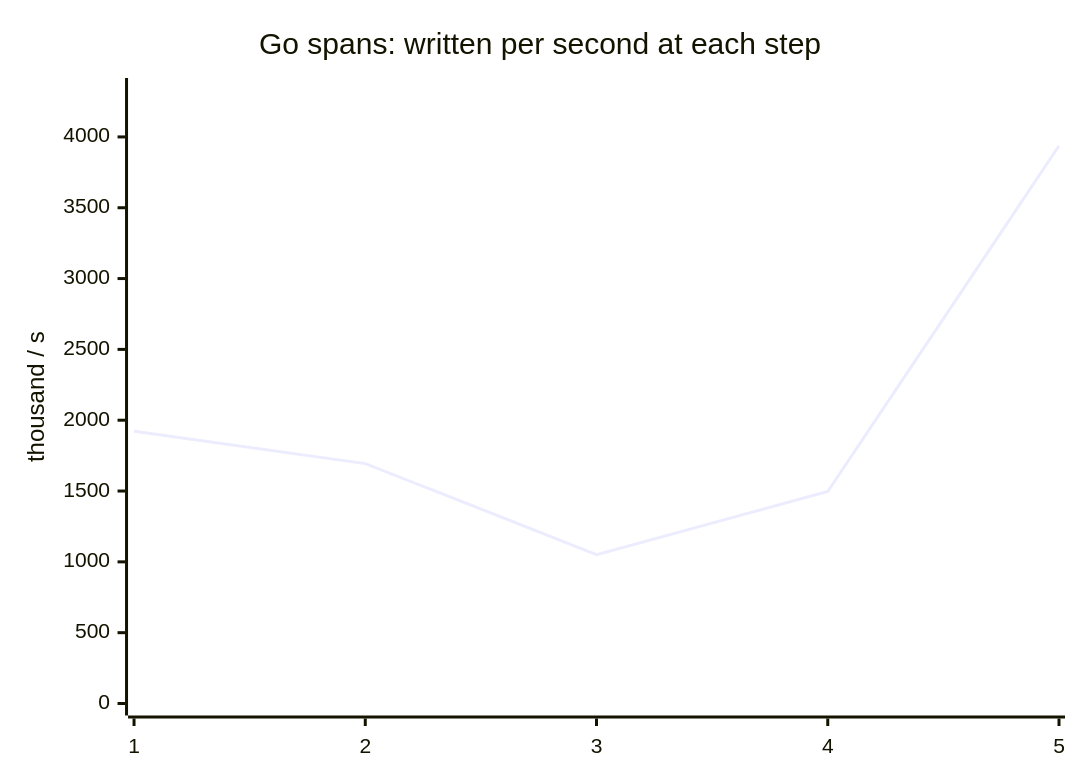
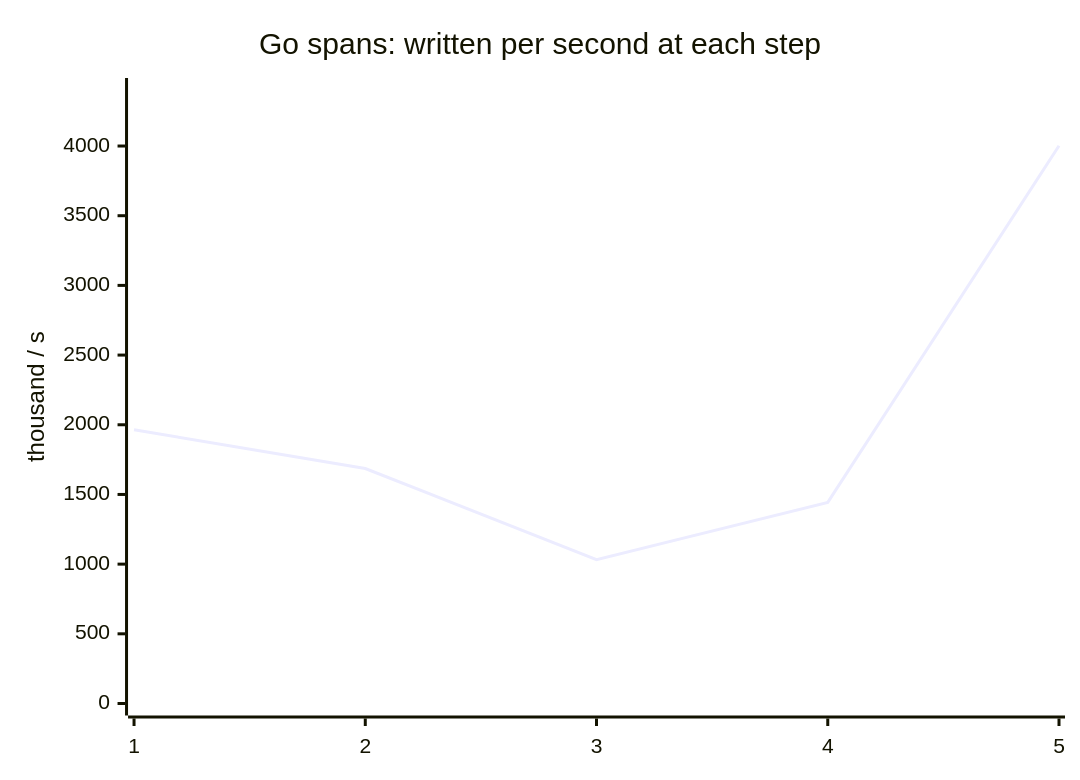
Before and after one commit to the-protobuf-project/telemetry: the sixth of 24 diagrams in docs/benchmark.md, drawn with Mermaid. The commit also changed other lines of this file and 3 other files, not shown here.

````diff
--- a/docs/benchmark.md
+++ b/docs/benchmark.md
@@ -73,7 +73,7 @@
 ```mermaid
 xychart-beta
     title "Go spans: written per second at each step"
     x-axis ["1", "2", "3", "4", "5"]
-    y-axis "thousand / s" 0 --> 4331.25
-    line [1922.06, 1693.68, 1050.9, 1496.28, 3937.5]
+    y-axis "thousand / s" 0 --> 4402.01
+    line [1964.48, 1685.94, 1031.93, 1442.79, 4001.83]
 ```
````
